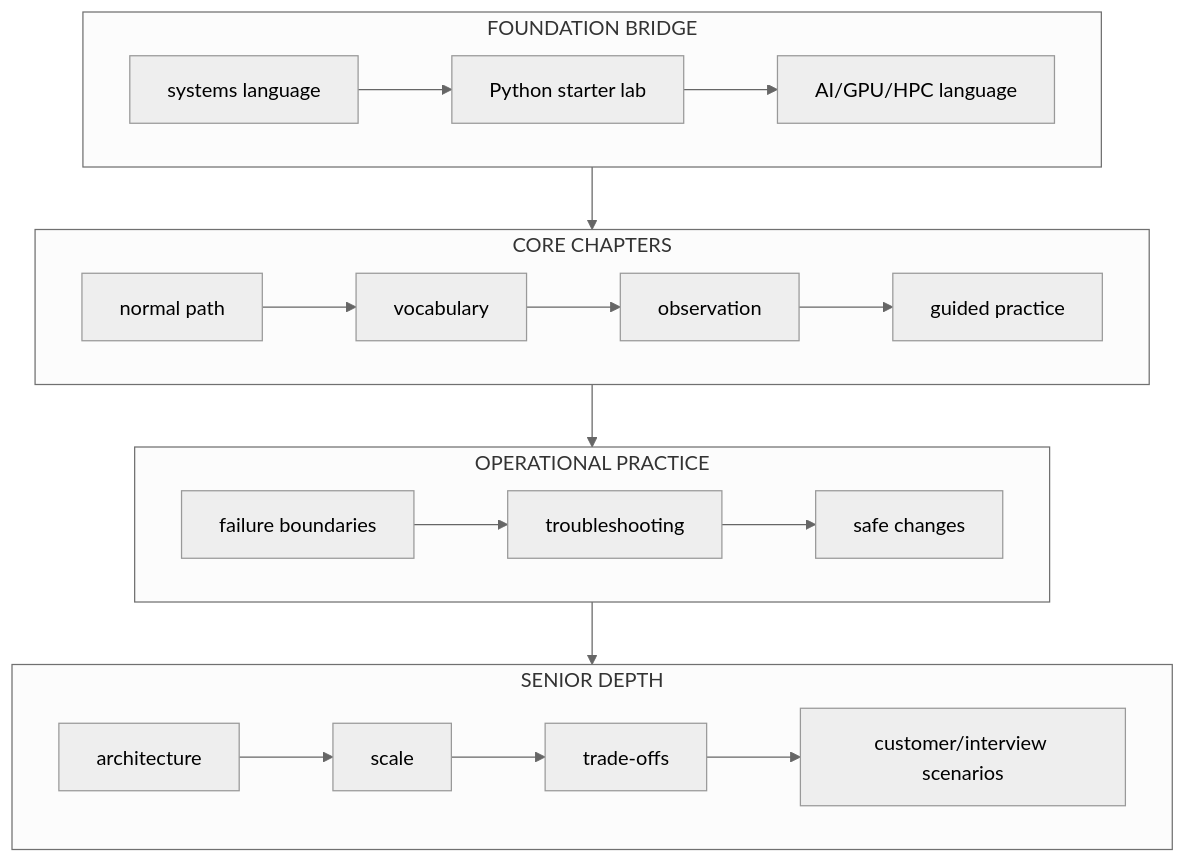
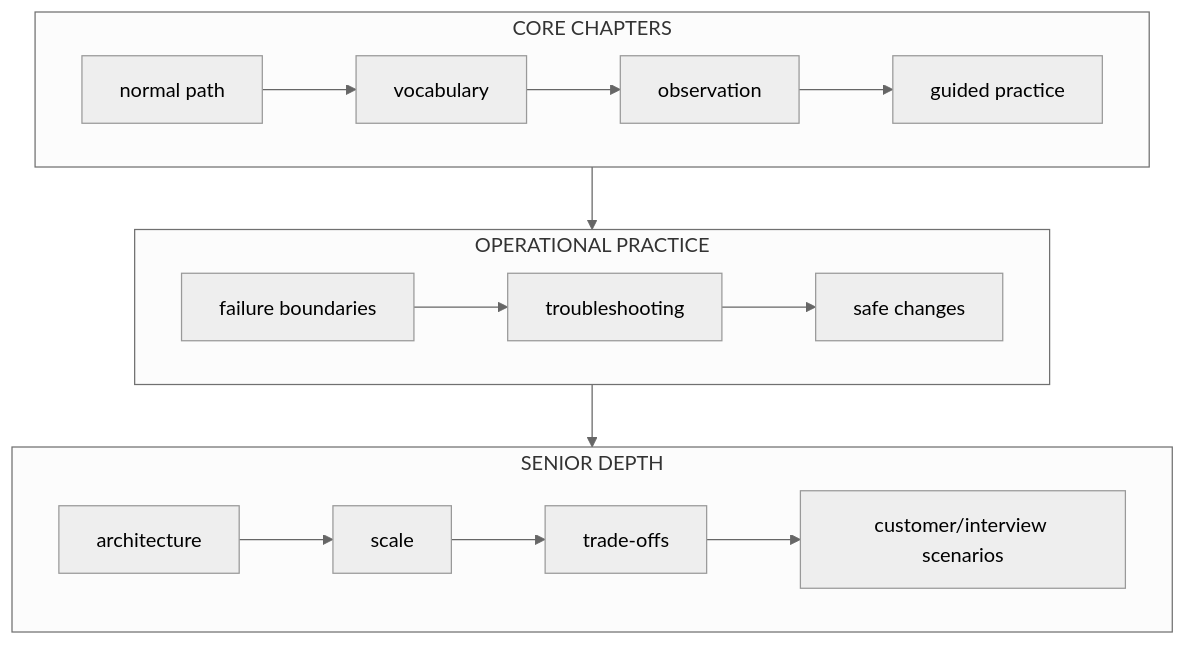
The diagram in docs/intro/01-master-index.md (jithinpnjm/nvidia-devops), drawn with Mermaid (neutral theme) before and after one commit. The commit also changed other lines of this file and 201 other files, not shown here.

````diff
--- a/docs/intro/01-master-index.md
+++ b/docs/intro/01-master-index.md
@@ -18,20 +18,16 @@
 ```mermaid
 flowchart TD
-    subgraph FB["FOUNDATION BRIDGE"]
-        direction LR
-        FB1[systems language] --> FB2[Python starter lab] --> FB3[AI/GPU/HPC language]
-    end
     subgraph CC["CORE CHAPTERS"]
         direction LR
         CC1[normal path] --> CC2[vocabulary] --> CC3[observation] --> CC4[guided practice]
     end
     subgraph OP["OPERATIONAL PRACTICE"]
         direction LR
         OP1[failure boundaries] --> OP2[troubleshooting] --> OP3[safe changes]
     end
     subgraph SD["SENIOR DEPTH"]
         direction LR
         SD1[architecture] --> SD2[scale] --> SD3[trade-offs] --> SD4[customer/interview scenarios]
     end
-    FB --> CC --> OP --> SD
+    CC --> OP --> SD
 ```
````
